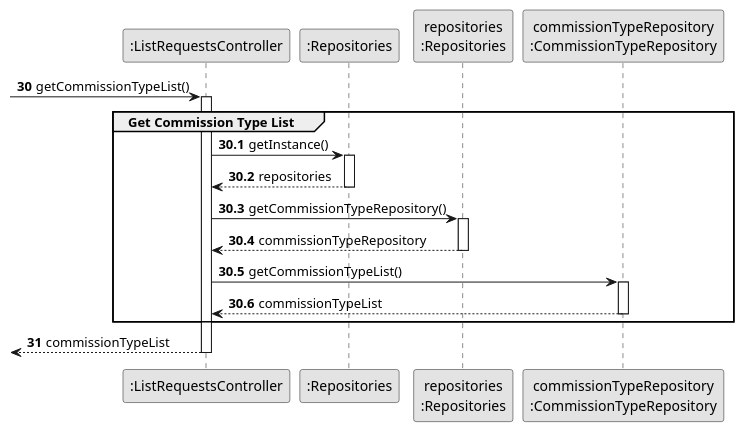
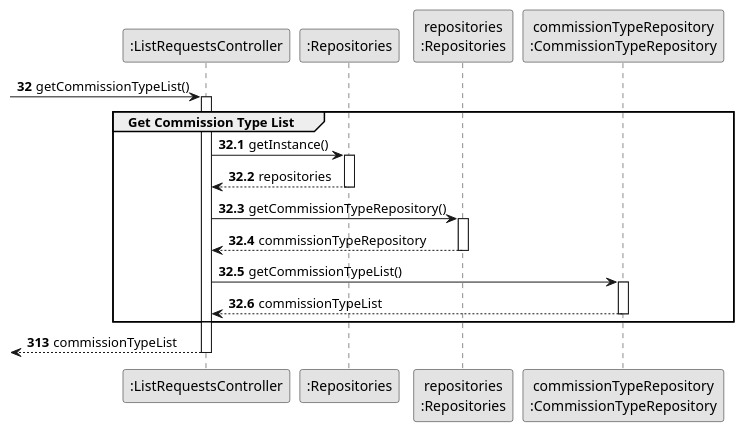
Before and after one commit to rita-barbosa/LAPR2-2223: the diagram in docs/sprintD/us008/03.design/puml/us008-sequence-diagram-partial-get-commission-type-list.puml, drawn with PlantUML. The commit also changed 17 other files, not shown here.

Commit message:
Update Sequence Diagram (split & partials) & Class Diagram + SVG's [US008][Design]

```diff
--- a/docs/sprintD/us008/03.design/puml/us008-sequence-diagram-partial-get-commission-type-list.puml
+++ b/docs/sprintD/us008/03.design/puml/us008-sequence-diagram-partial-get-commission-type-list.puml
@@ -1,51 +1,51 @@
 @startuml
 skinparam monochrome true
 skinparam packageStyle rectangle
 skinparam shadowing false
 
 autonumber
 
 'hide footbox
 
 participant ":ListRequestsController" as CTRL
 participant ":Repositories" as RepositorySingleton
 participant "repositories\n:Repositories" as PLAT
 participant "commissionTypeRepository\n:CommissionTypeRepository" as CommissionTypeRepository
 
 
-autonumber 30
+autonumber 32
 
             -> CTRL :  getCommissionTypeList()
             activate CTRL
 
-autonumber 30.1
+autonumber 32.1
 
     group Get Commission Type List
 
                 CTRL -> RepositorySingleton : getInstance()
                 activate RepositorySingleton
 
                     RepositorySingleton --> CTRL: repositories
                 deactivate RepositorySingleton
 
                 CTRL -> PLAT : getCommissionTypeRepository()
                 activate PLAT
 
                     PLAT --> CTRL: commissionTypeRepository
                 deactivate PLAT
 
                 CTRL -> CommissionTypeRepository : getCommissionTypeList()
                 activate CommissionTypeRepository
 
                 CommissionTypeRepository --> CTRL : commissionTypeList
                 deactivate CommissionTypeRepository
 
     end
 
-autonumber 31
+autonumber 313
 
     <-- CTRL : commissionTypeList
     deactivate CTRL
 
 
 @enduml
```
